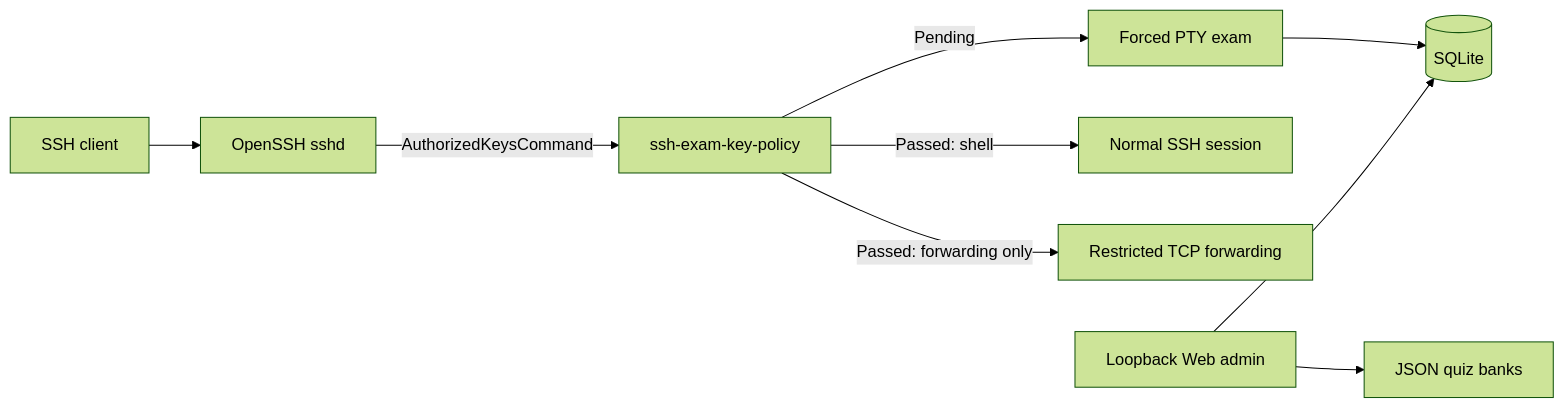
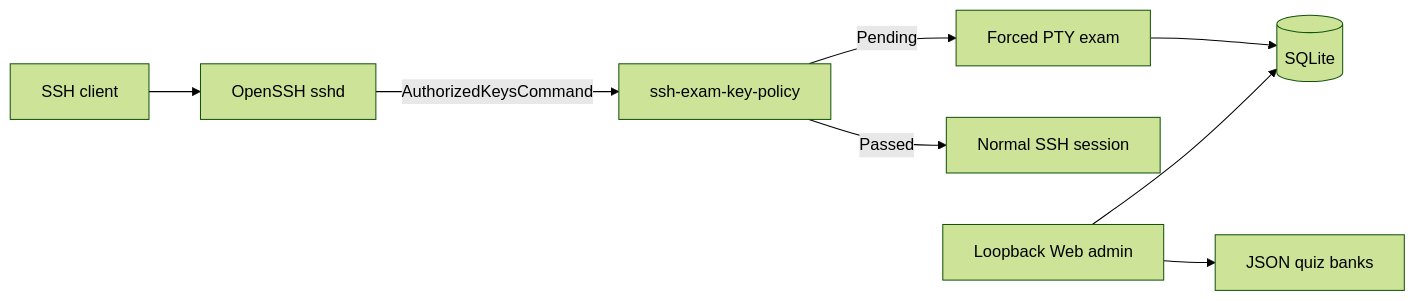
The diagram in README.md (huluhuluu/ssh-exam), drawn with Mermaid (forest theme) before and after one commit. The commit also changed other lines of this file and 14 other files, not shown here.

````diff
--- a/README.md
+++ b/README.md
@@ -42,11 +43,10 @@
 ```mermaid
 flowchart LR
     C[SSH client] --> S[OpenSSH sshd]
     S -->|AuthorizedKeysCommand| P[ssh-exam-key-policy]
     P -->|Pending| T[Forced PTY exam]
     T --> D[(SQLite)]
-    P -->|Passed: shell| H[Normal SSH session]
-    P -->|Passed: forwarding only| J[Restricted TCP forwarding]
+    P -->|Passed| H[Normal SSH session]
     A[Loopback Web admin] --> D
     A --> Q[JSON quiz banks]
 ```
````
